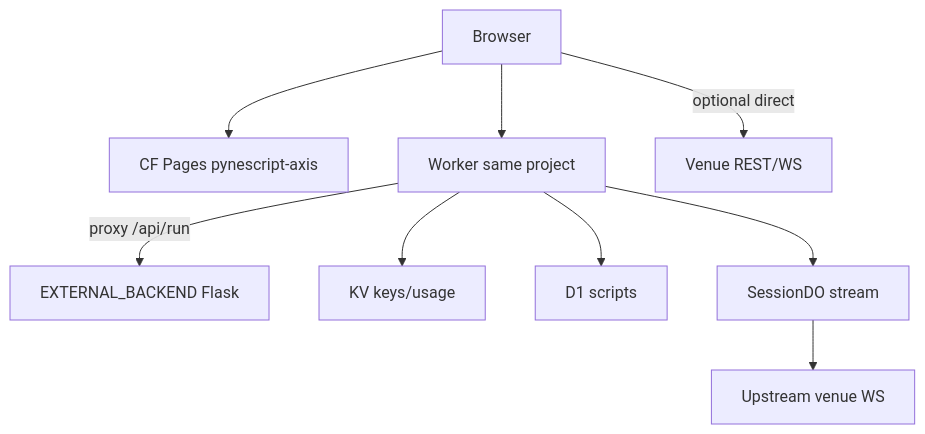
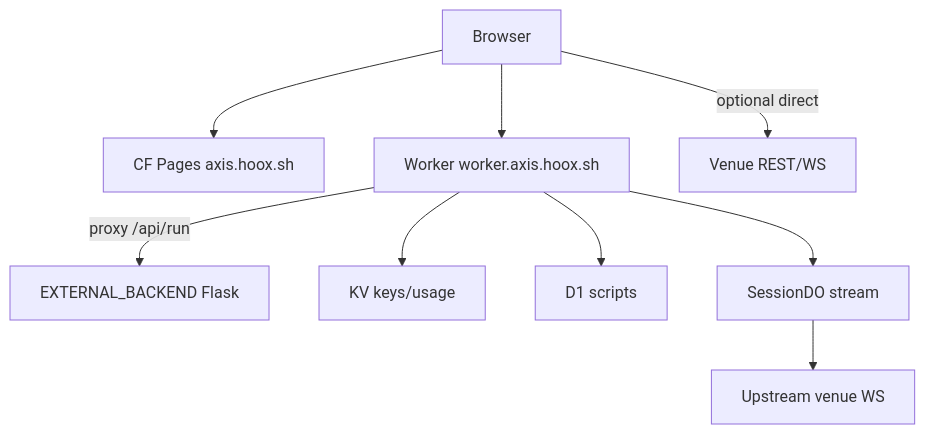
One commit to hoox-sh/axis changed the third of 5 diagrams in docs/architecture/topologies.mdx. Above: the diagram before and after it, drawn with Mermaid. The commit also changed other lines of this file and 124 other files, not shown here.

First line of the commit message:
feat: pine alerts, live-by-default, and worker-axis rename

````diff
--- a/docs/architecture/topologies.mdx
+++ b/docs/architecture/topologies.mdx
@@ -77,11 +77,11 @@
 ```mermaid
 flowchart TB
-  U[Browser] --> P[CF Pages pynescript-axis]
-  U --> W[Worker same project]
+  U[Browser] --> P[CF Pages axis.hoox.sh]
+  U --> W[Worker worker.axis.hoox.sh]
   W -->|proxy /api/run| F[EXTERNAL_BACKEND Flask]
   W --> KV[KV keys/usage]
   W --> D1[D1 scripts]
   W --> DO[SessionDO stream]
   DO --> UP[Upstream venue WS]
   U -->|optional direct| BN[Venue REST/WS]
 ```
````
